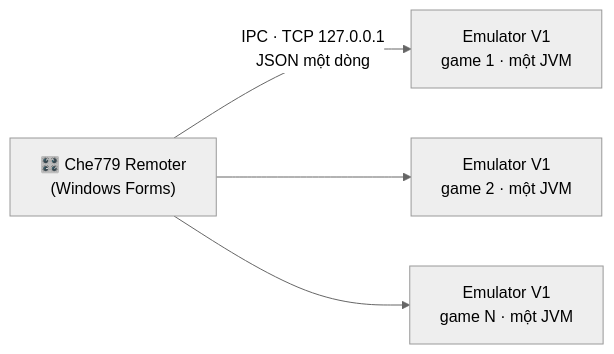
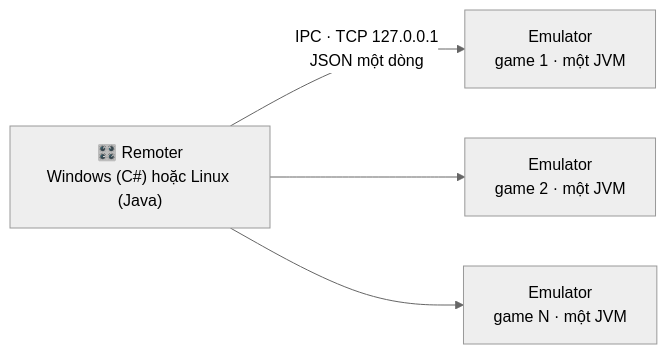
Before and after one commit to Kidtomboy/Che779-Emulator: the diagram in README.md, drawn with Mermaid (neutral theme). The commit also changed other lines of this file and 57 other files, not shown here.

First line of the commit message:
Chuẩn hóa Project 1 lên 1.2.0: đổi tên apps/remoter-windows, workflow Phát hành, khung repo, README/CHANGELOG/docs tiếng Việt

````diff
--- a/README.md
+++ b/README.md
@@ -38,6 +162,6 @@
 ```mermaid
 flowchart LR
-    R["🎛️ Che779 Remoter<br/>(Windows Forms)"] -- "IPC · TCP 127.0.0.1<br/>JSON một dòng" --> E1["Emulator V1<br/>game 1 · một JVM"]
-    R --> E2["Emulator V1<br/>game 2 · một JVM"]
-    R --> E3["Emulator V1<br/>game N · một JVM"]
+    R["🎛️ Remoter<br/>Windows (C#) hoặc Linux (Java)"] -- "IPC · TCP 127.0.0.1<br/>JSON một dòng" --> E1["Emulator<br/>game 1 · một JVM"]
+    R --> E2["Emulator<br/>game 2 · một JVM"]
+    R --> E3["Emulator<br/>game N · một JVM"]
 ```
````
